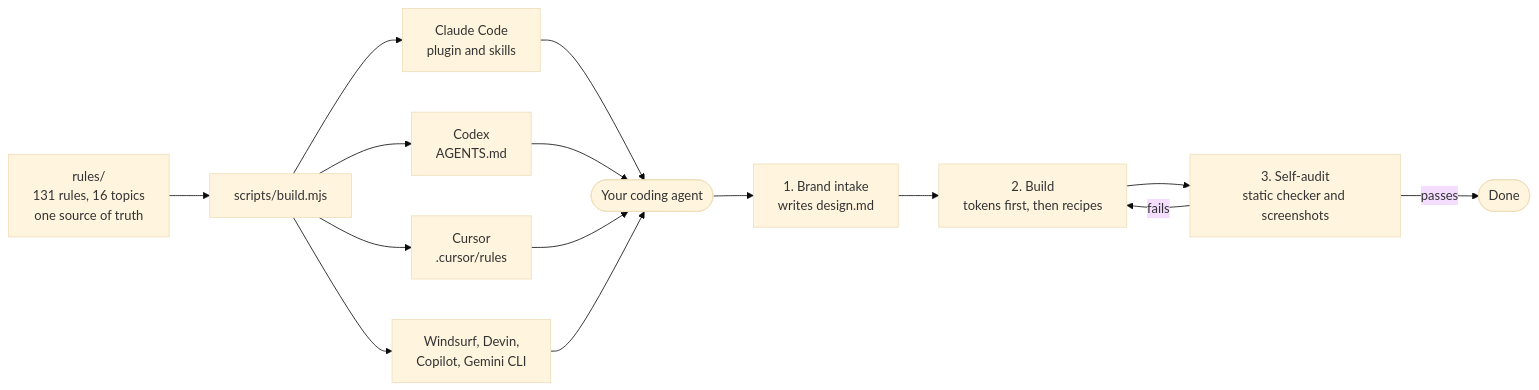
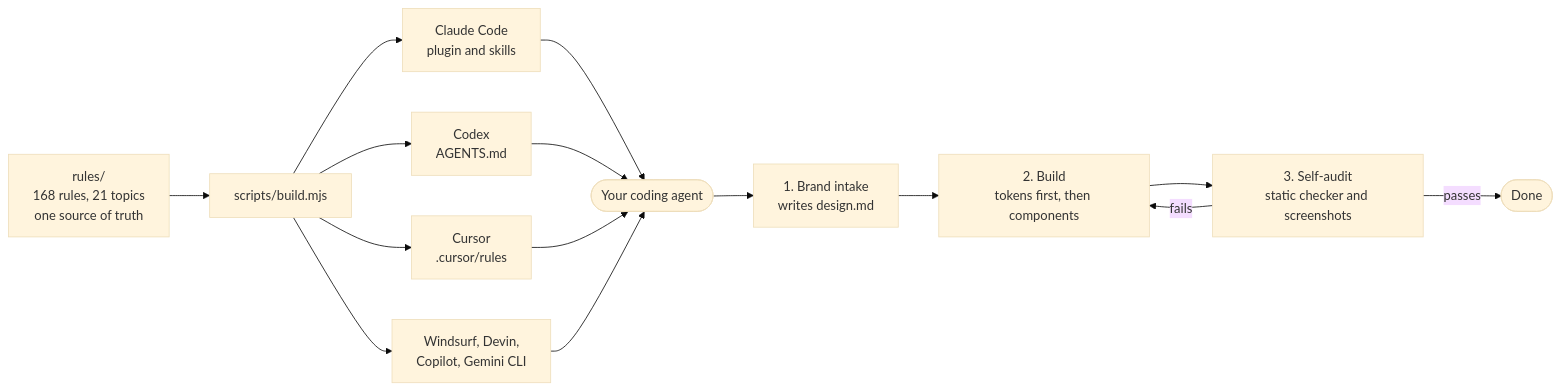
One commit to devsharmagrowleads-oss/ui-polish-kit changed the diagram in README.md. Above: the diagram before and after it, drawn with Mermaid (base theme). The commit also changed other lines of this file and 68 other files, not shown here.

First line of the commit message:
Add data tables, charts, navigation, icons and i18n rules; HTML/CSS recipes

````diff
--- a/README.md
+++ b/README.md
@@ -70,19 +105,19 @@
 ```mermaid
 flowchart LR
-    R["rules/<br>131 rules, 16 topics<br>one source of truth"] --> B["scripts/build.mjs"]
+    R["rules/<br>168 rules, 21 topics<br>one source of truth"] --> B["scripts/build.mjs"]
     B --> A1["Claude Code<br>plugin and skills"]
     B --> A2["Codex<br>AGENTS.md"]
     B --> A3["Cursor<br>.cursor/rules"]
     B --> A4["Windsurf, Devin,<br>Copilot, Gemini CLI"]
 
     A1 --> AG(["Your coding agent"])
     A2 --> AG
     A3 --> AG
     A4 --> AG
 
     AG --> S1["1. Brand intake<br>writes design.md"]
-    S1 --> S2["2. Build<br>tokens first, then recipes"]
+    S1 --> S2["2. Build<br>tokens first, then components"]
     S2 --> S3["3. Self-audit<br>static checker and screenshots"]
     S3 -- "fails" --> S2
     S3 -- "passes" --> D(["Done"])
 ```
````
